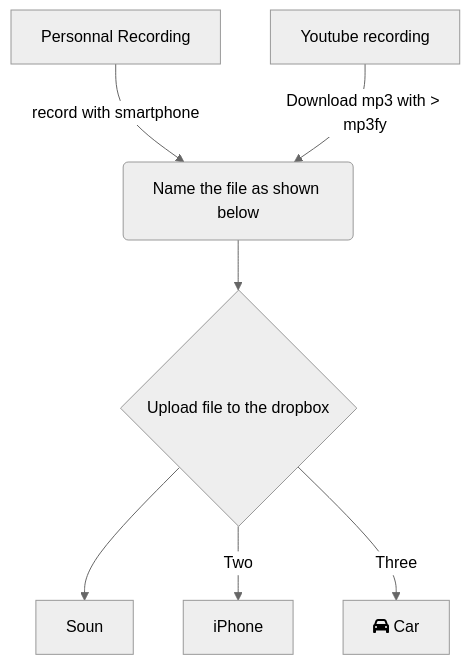
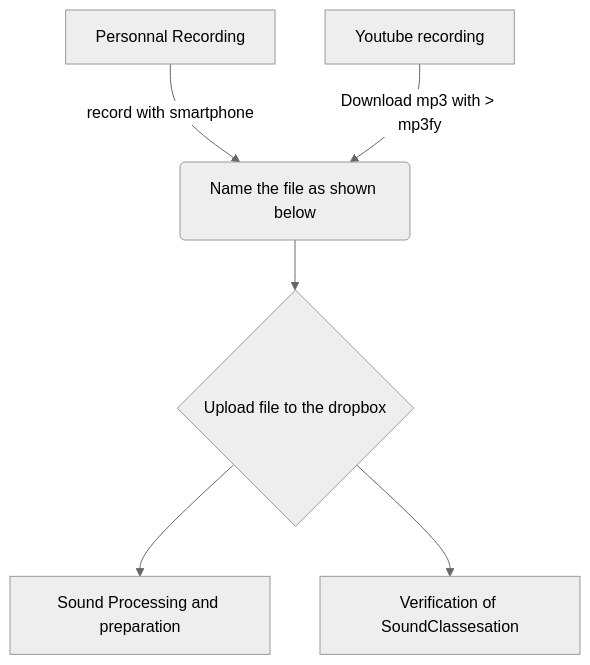
Before and after one commit to FrogBoss74/RealCatTranslator: the diagram in README.md, drawn with Mermaid (neutral theme). The commit also changed other lines of this file, not shown here.

Commit message:
README.md updated from https://stackedit.io/

````diff
--- a/README.md
+++ b/README.md
@@ -24,9 +24,8 @@
 ```mermaid
 graph TD
 A1[Personnal Recording] -->|record with smartphone| B(Name the file as shown below)
 A2[Youtube recording] -->|Download mp3 with > mp3fy| B
 B --> C{Upload file to the dropbox}
-C -->D[Soun]
-C -->|Two| E[iPhone]
-C -->|Three| F[fa:fa-car Car]
+C -->D1[Sound Processing and preparation]
+C -->D2[Verification of SoundClassesation]
 ```
````
